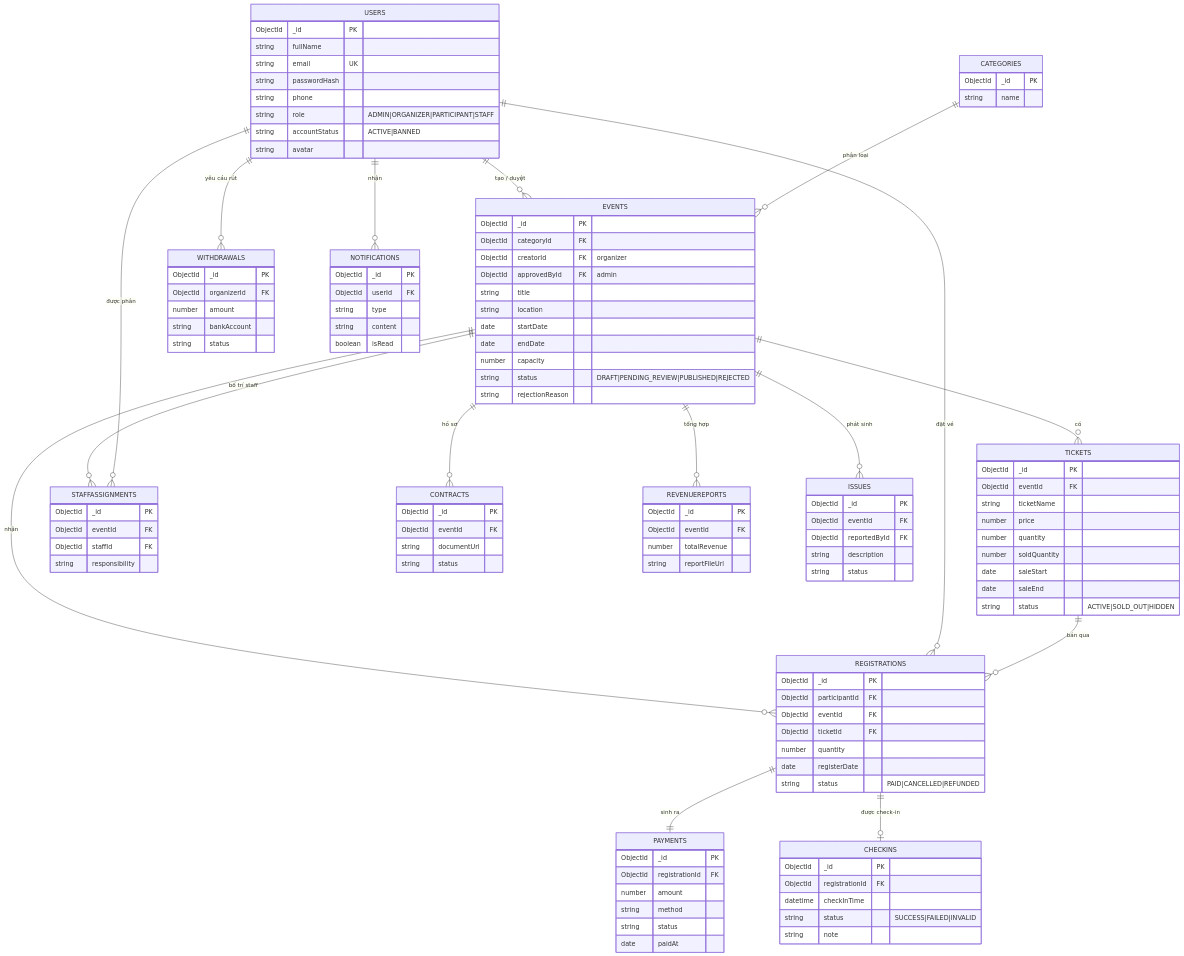
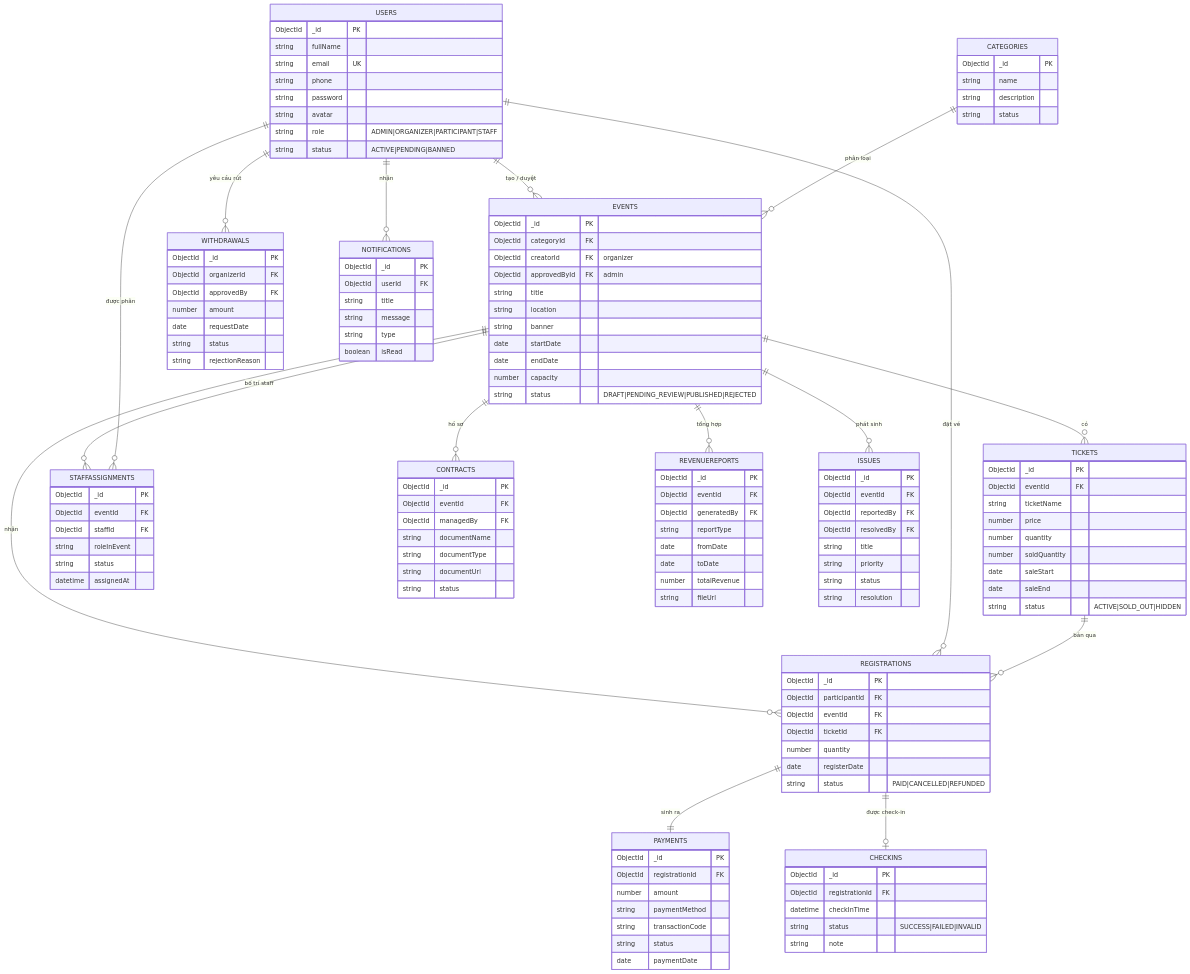
Before and after one commit to tunanhz/Event_Management: the second of 3 diagrams in docs/business.md, drawn with Mermaid. The commit also changed other lines of this file and 12 other files, not shown here.

````diff
--- a/docs/business.md
+++ b/docs/business.md
@@ -236,15 +288,17 @@
     ObjectId _id PK
     string fullName
     string email UK
-    string passwordHash
     string phone
+    string password
+    string avatar
     string role "ADMIN|ORGANIZER|PARTICIPANT|STAFF"
-    string accountStatus "ACTIVE|BANNED"
-    string avatar
+    string status "ACTIVE|PENDING|BANNED"
   }
   CATEGORIES {
     ObjectId _id PK
     string name
+    string description
+    string status
   }
   EVENTS {
     ObjectId _id PK
@@ -253,11 +307,11 @@
     ObjectId approvedById FK "admin"
     string title
     string location
+    string banner
     date startDate
     date endDate
     number capacity
     string status "DRAFT|PENDING_REVIEW|PUBLISHED|REJECTED"
-    string rejectionReason
   }
   TICKETS {
     ObjectId _id PK
@@ -283,9 +337,10 @@
     ObjectId _id PK
     ObjectId registrationId FK
     number amount
-    string method
+    string paymentMethod
+    string transactionCode
     string status
-    date paidAt
+    date paymentDate
   }
   CHECKINS {
     ObjectId _id PK
@@ -298,39 +353,54 @@
     ObjectId _id PK
     ObjectId eventId FK
     ObjectId staffId FK
-    string responsibility
+    string roleInEvent
+    string status
+    datetime assignedAt
   }
   CONTRACTS {
     ObjectId _id PK
     ObjectId eventId FK
+    ObjectId managedBy FK
+    string documentName
+    string documentType
     string documentUrl
     string status
   }
   WITHDRAWALS {
     ObjectId _id PK
     ObjectId organizerId FK
+    ObjectId approvedBy FK
     number amount
-    string bankAccount
+    date requestDate
     string status
+    string rejectionReason
   }
   REVENUEREPORTS {
     ObjectId _id PK
     ObjectId eventId FK
+    ObjectId generatedBy FK
+    string reportType
+    date fromDate
+    date toDate
     number totalRevenue
-    string reportFileUrl
+    string fileUrl
   }
   ISSUES {
     ObjectId _id PK
     ObjectId eventId FK
-    ObjectId reportedById FK
-    string description
+    ObjectId reportedBy FK
+    ObjectId resolvedBy FK
+    string title
+    string priority
     string status
+    string resolution
   }
   NOTIFICATIONS {
     ObjectId _id PK
     ObjectId userId FK
+    string title
+    string message
     string type
-    string content
     boolean isRead
   }
 ```
````
